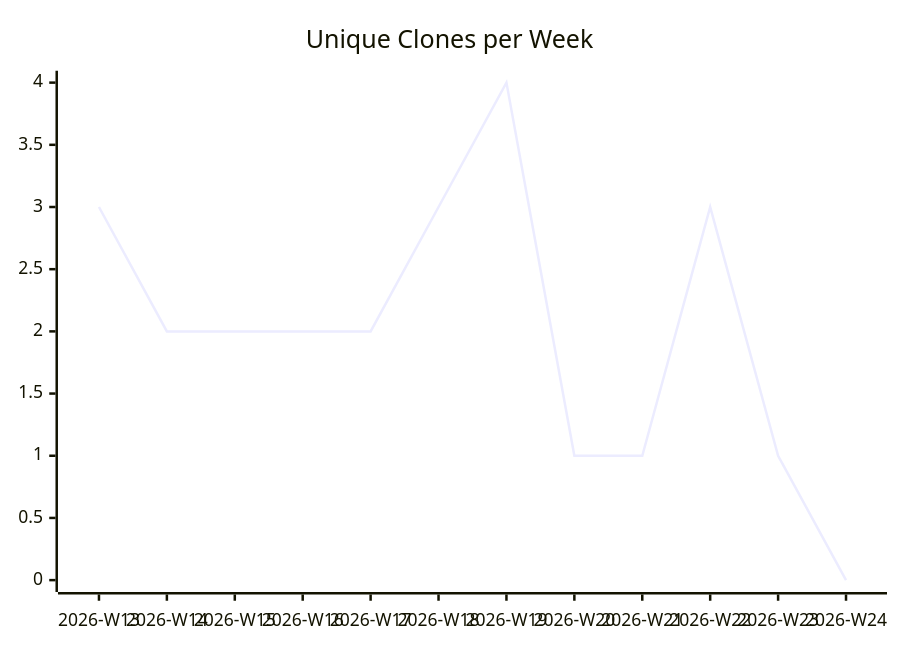
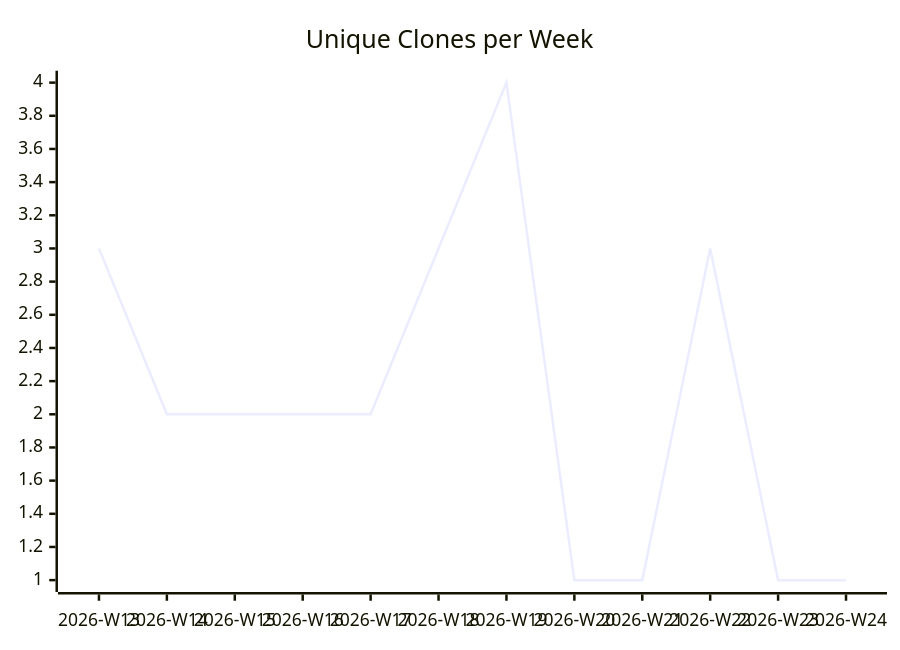
The third of 3 diagrams in karlmdavis/can-i-kayak-baltimore/README.md (justdavis-family/github-analytics-data), drawn with Mermaid before and after one commit. The commit also changed other lines of this file and 194 other files, not shown here.

````diff
--- a/karlmdavis/can-i-kayak-baltimore/README.md
+++ b/karlmdavis/can-i-kayak-baltimore/README.md
@@ -19,6 +19,6 @@
 ```mermaid
 xychart-beta
   title "Unique Clones per Week"
   x-axis ["2026-W13", "2026-W14", "2026-W15", "2026-W16", "2026-W17", "2026-W18", "2026-W19", "2026-W20", "2026-W21", "2026-W22", "2026-W23", "2026-W24"]
-  line [3, 2, 2, 2, 2, 3, 4, 1, 1, 3, 1, 0]
+  line [3, 2, 2, 2, 2, 3, 4, 1, 1, 3, 1, 1]
 ```
````
